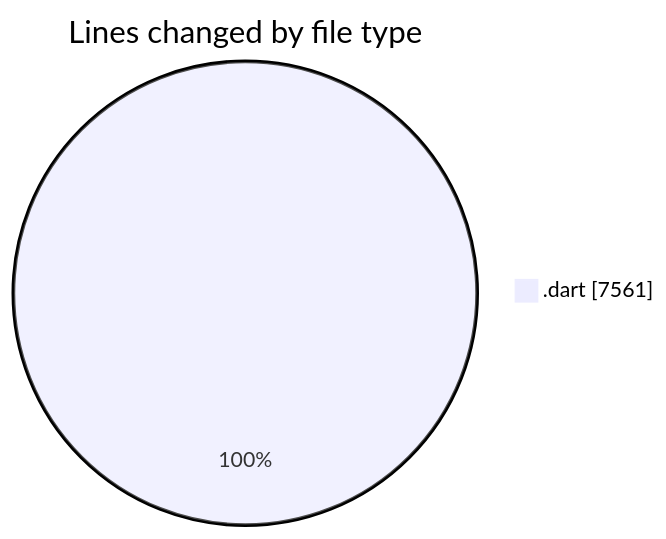
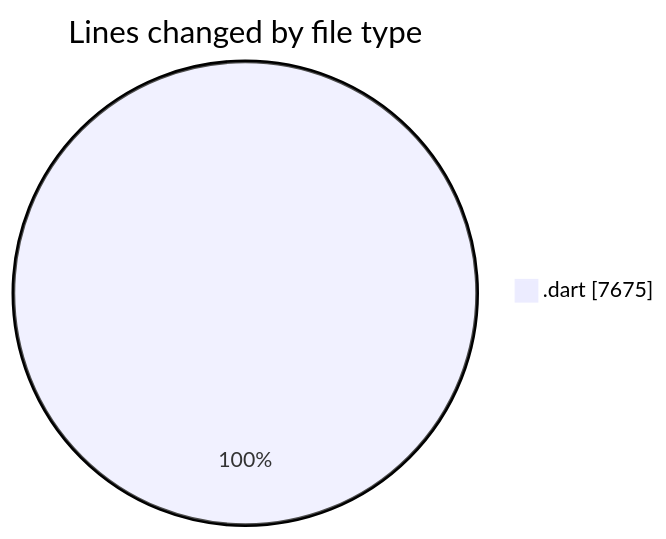
Before and after one commit to lephambinh05/code-tracking: the first of 2 diagrams in 2025-08-16/studybuddy/README.md, drawn with Mermaid. The commit also changed other lines of this file and 1 other file, not shown here.

````diff
--- a/2025-08-16/studybuddy/README.md
+++ b/2025-08-16/studybuddy/README.md
@@ -36,5 +37,5 @@
 ```mermaid
 pie showData
 title Lines changed by file type
-".dart" : 7561
+".dart" : 7675
 ```
````
